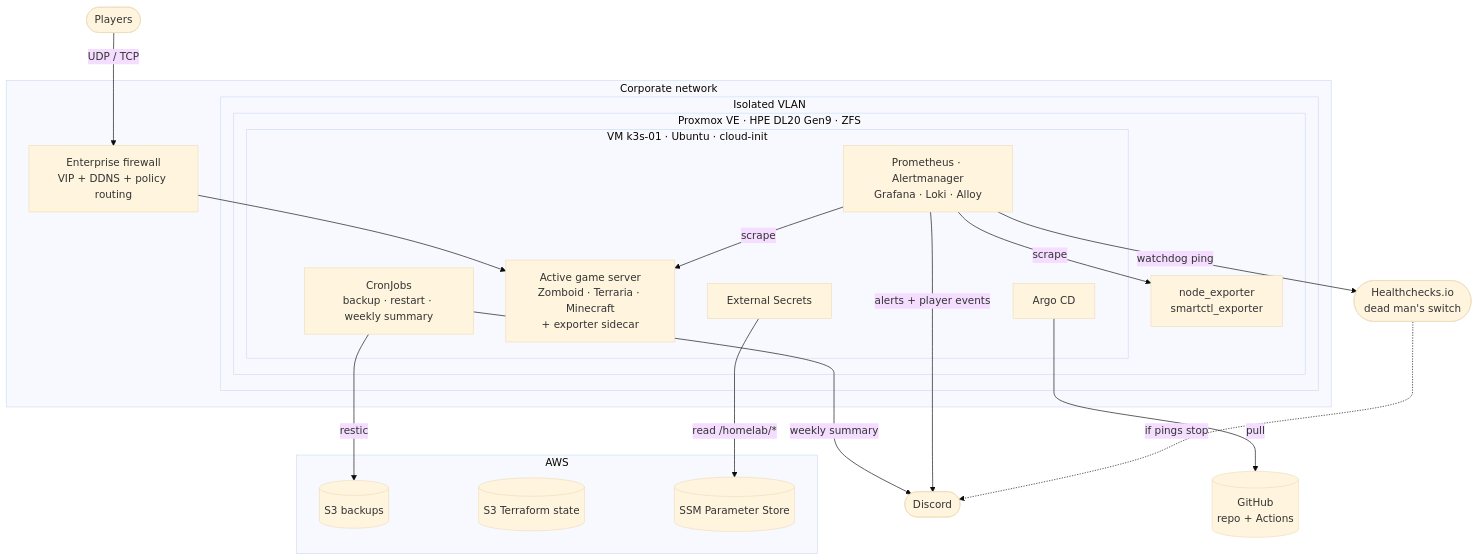
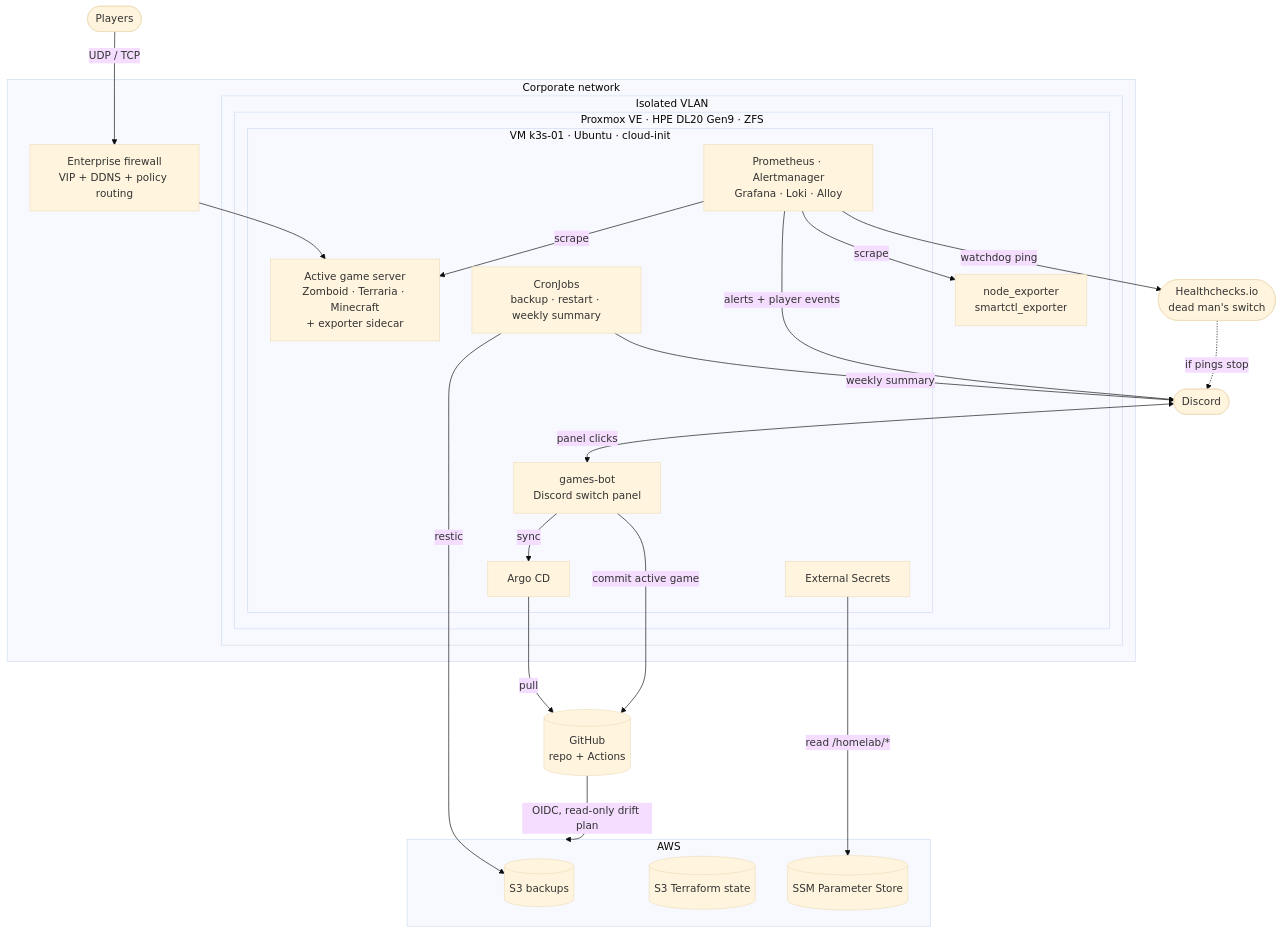
One commit to iagorp6/proxmox-k3s-platform changed the first of 2 diagrams in README.md. Above: the diagram before and after it, drawn with Mermaid (base theme). The commit also changed other lines of this file, not shown here.

First line of the commit message:
docs(readme): fluxo de troca pelo Discord e bot no diagrama de arquitetura

````diff
--- a/README.md
+++ b/README.md
@@ -32,40 +32,45 @@
 ```mermaid
 flowchart TB
     players(["Players"])
     discord(["Discord"])
     hc(["Healthchecks.io<br/>dead man's switch"])
     github[("GitHub<br/>repo + Actions")]
 
     subgraph corp["Corporate network"]
         fw["Enterprise firewall<br/>VIP + DDNS + policy routing"]
         subgraph vlan["Isolated VLAN"]
             subgraph pve["Proxmox VE · HPE DL20 Gen9 · ZFS"]
                 hostexp["node_exporter<br/>smartctl_exporter"]
                 subgraph vm["VM k3s-01 · Ubuntu · cloud-init"]
                     argo["Argo CD"]
+                    bot["games-bot<br/>Discord switch panel"]
                     game["Active game server<br/>Zomboid · Terraria · Minecraft<br/>+ exporter sidecar"]
                     jobs["CronJobs<br/>backup · restart · weekly summary"]
                     eso["External Secrets"]
                     mon["Prometheus · Alertmanager<br/>Grafana · Loki · Alloy"]
                 end
             end
         end
     end
 
     subgraph aws["AWS"]
         s3b[("S3 backups")]
         s3s[("S3 Terraform state")]
         ssm[("SSM Parameter Store")]
     end
 
     players -->|"UDP / TCP"| fw --> game
     argo -->|"pull"| github
     eso -->|"read /homelab/*"| ssm
     jobs -->|"restic"| s3b
     jobs -->|"weekly summary"| discord
     mon -->|"scrape"| game
     mon -->|"scrape"| hostexp
     mon -->|"alerts + player events"| discord
     mon -->|"watchdog ping"| hc
     hc -.->|"if pings stop"| discord
+    discord <-->|"panel clicks"| bot
+    bot -->|"commit active game"| github
+    bot -->|"sync"| argo
+    github -->|"OIDC, read-only drift plan"| aws
 ```
````
